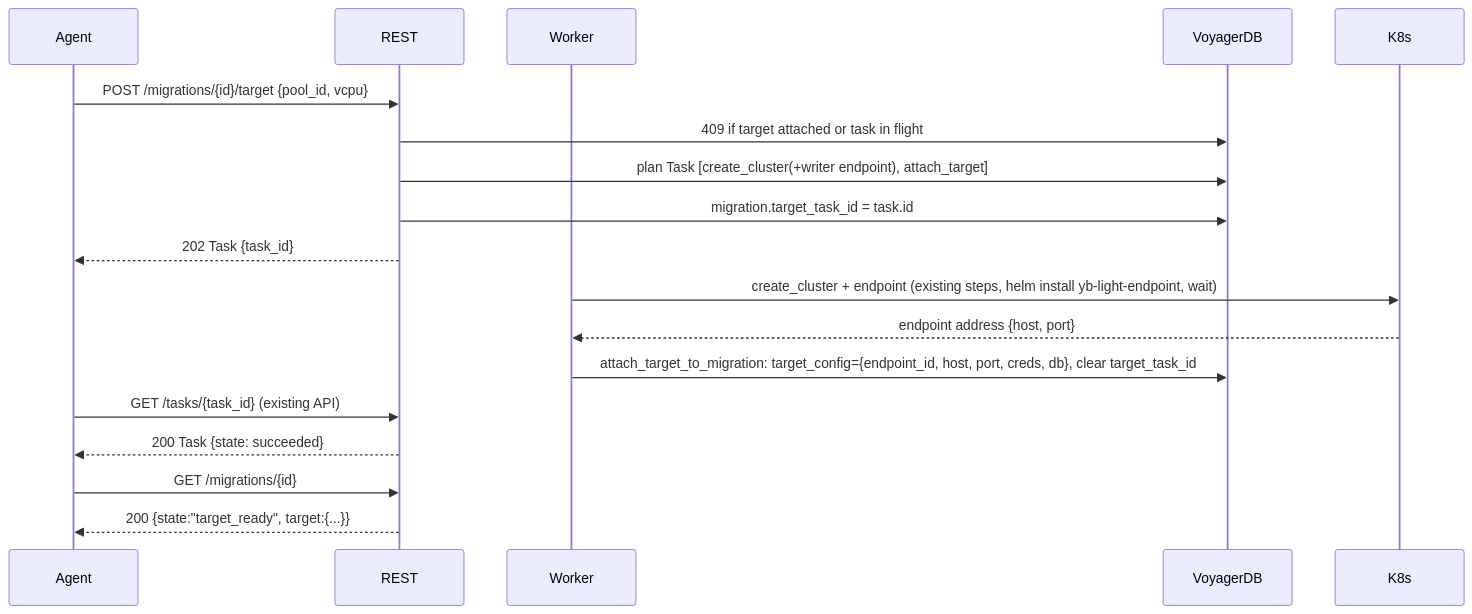
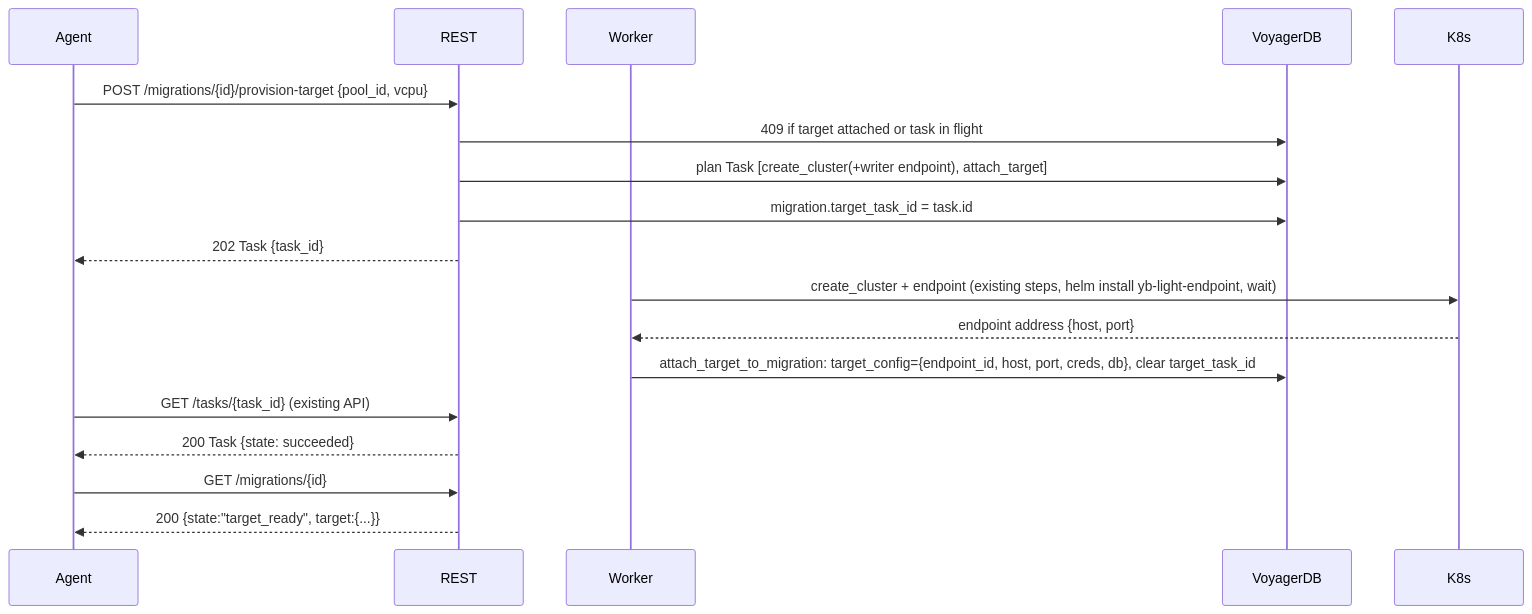
The third of 5 diagrams in amp/controller/architecture/voyager/ac-voyager.md (yugabyte/meko), drawn with Mermaid before and after one commit. The commit also changed other lines of this file and 11 other files, not shown here.

````diff
--- a/amp/controller/architecture/voyager/ac-voyager.md
+++ b/amp/controller/architecture/voyager/ac-voyager.md
@@ -760,20 +760,20 @@
 ```mermaid
 sequenceDiagram
   participant Agent
   participant REST
   participant Worker
   participant VoyagerDB
   participant K8s
-  Agent->>REST: POST /migrations/{id}/target {pool_id, vcpu}
+  Agent->>REST: POST /migrations/{id}/provision-target {pool_id, vcpu}
   REST->>VoyagerDB: 409 if target attached or task in flight
   REST->>VoyagerDB: plan Task [create_cluster(+writer endpoint), attach_target]
   REST->>VoyagerDB: migration.target_task_id = task.id
   REST-->>Agent: 202 Task {task_id}
   Worker->>K8s: create_cluster + endpoint (existing steps, helm install yb-light-endpoint, wait)
   K8s-->>Worker: endpoint address {host, port}
   Worker->>VoyagerDB: attach_target_to_migration: target_config={endpoint_id, host, port, creds, db}, clear target_task_id
   Agent->>REST: GET /tasks/{task_id}  (existing API)
   REST-->>Agent: 200 Task {state: succeeded}
   Agent->>REST: GET /migrations/{id}
   REST-->>Agent: 200 {state:"target_ready", target:{...}}
 ```
````
